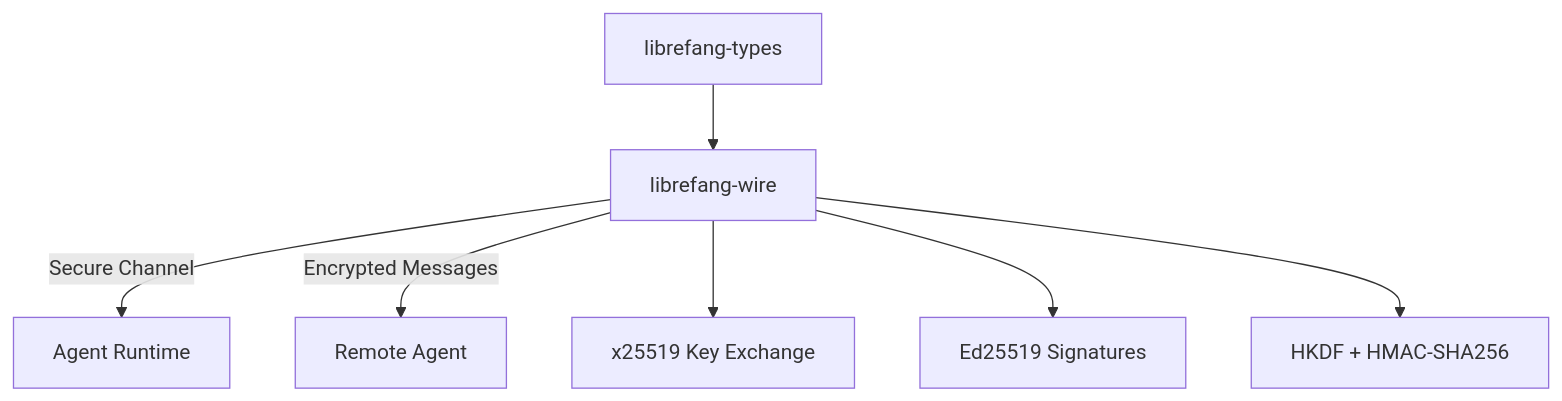
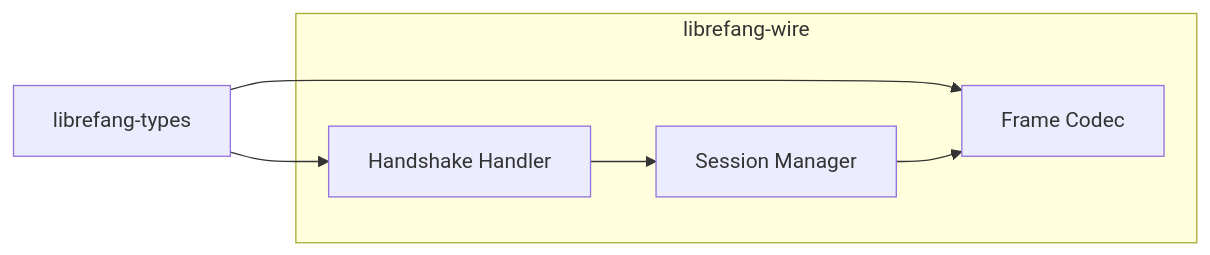
Before and after one commit to leszek3737/librefang-WIki: the second of 2 diagrams in other-librefang-wire.md, drawn with Mermaid. The commit also changed other lines of this file and 119 other files, not shown here.

````diff
--- a/other-librefang-wire.md
+++ b/other-librefang-wire.md
@@ -15,9 +59,12 @@
 ```mermaid
-graph TD
-    A[librefang-types] --> B[librefang-wire]
-    B -->|Secure Channel| C[Agent Runtime]
-    B -->|Encrypted Messages| D[Remote Agent]
-    B --> X[x25519 Key Exchange]
-    B --> Y[Ed25519 Signatures]
-    B --> Z[HKDF + HMAC-SHA256]
+graph LR
+    subgraph "librefang-wire"
+        H[Handshake Handler]
+        S[Session Manager]
+        F[Frame Codec]
+    end
+    T[librefang-types] --> H
+    T --> F
+    H --> S
+    S --> F
 ```
````
